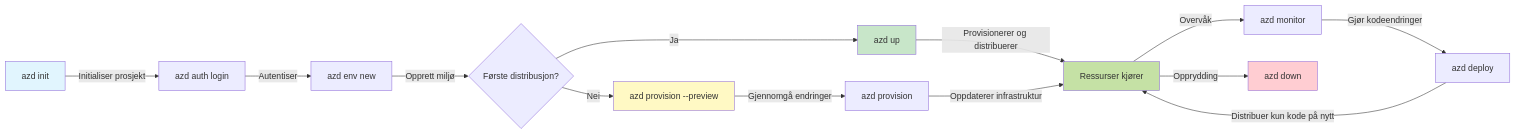
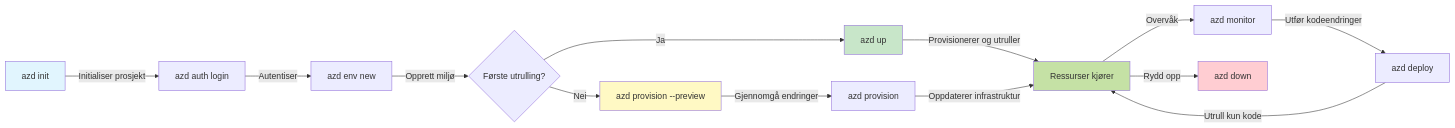
One commit to microsoft/AZD-for-beginners changed the first of 2 diagrams in translations/no/docs/chapter-01-foundation/azd-basics.md. Above: the diagram before and after it, drawn with Mermaid. The commit also changed other lines of this file and 101 other files, not shown here.

````diff
--- a/translations/no/docs/chapter-01-foundation/azd-basics.md
+++ b/translations/no/docs/chapter-01-foundation/azd-basics.md
@@ -254,21 +269,21 @@
 ```mermaid
 graph LR
     A[azd init] -->|Initialiser prosjekt| B[azd auth login]
     B -->|Autentiser| C[azd env new]
-    C -->|Opprett miljø| D{Første distribusjon?}
+    C -->|Opprett miljø| D{Første utrulling?}
     D -->|Ja| E[azd up]
     D -->|Nei| F[azd provision --preview]
     F -->|Gjennomgå endringer| G[azd provision]
-    E -->|Provisionerer og distribuerer| H[Ressurser kjører]
+    E -->|Provisionerer og utruller| H[Ressurser kjører]
     G -->|Oppdaterer infrastruktur| H
     H -->|Overvåk| I[azd monitor]
-    I -->|Gjør kodeendringer| J[azd deploy]
-    J -->|Distribuer kun kode på nytt| H
-    H -->|Opprydding| K[azd down]
+    I -->|Utfør kodeendringer| J[azd deploy]
+    J -->|Utrull kun kode| H
+    H -->|Rydd opp| K[azd down]
     
     style A fill:#e1f5fe
     style E fill:#c8e6c9
     style F fill:#fff9c4
     style H fill:#c5e1a5
     style K fill:#ffcdd2
 ```
````
